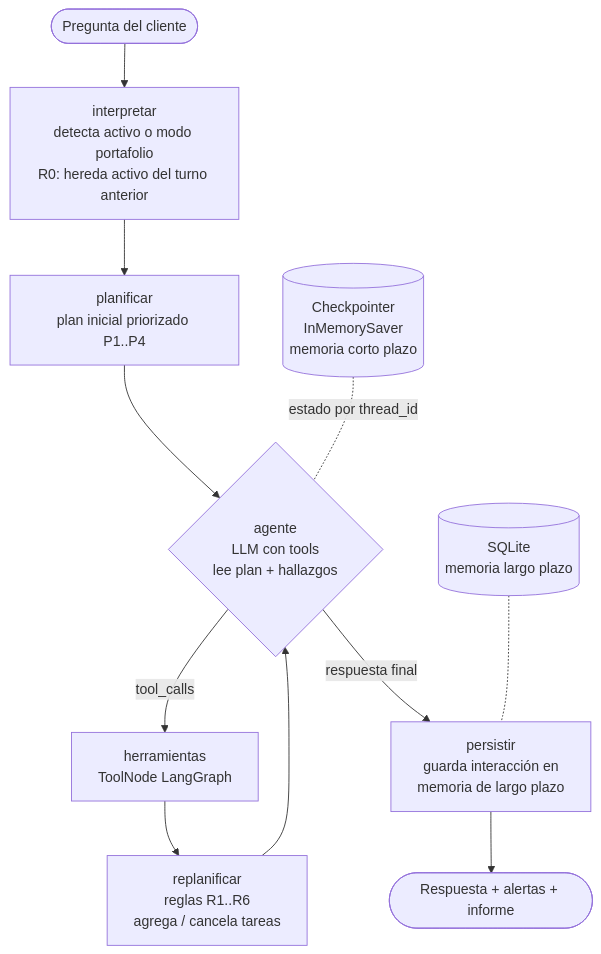
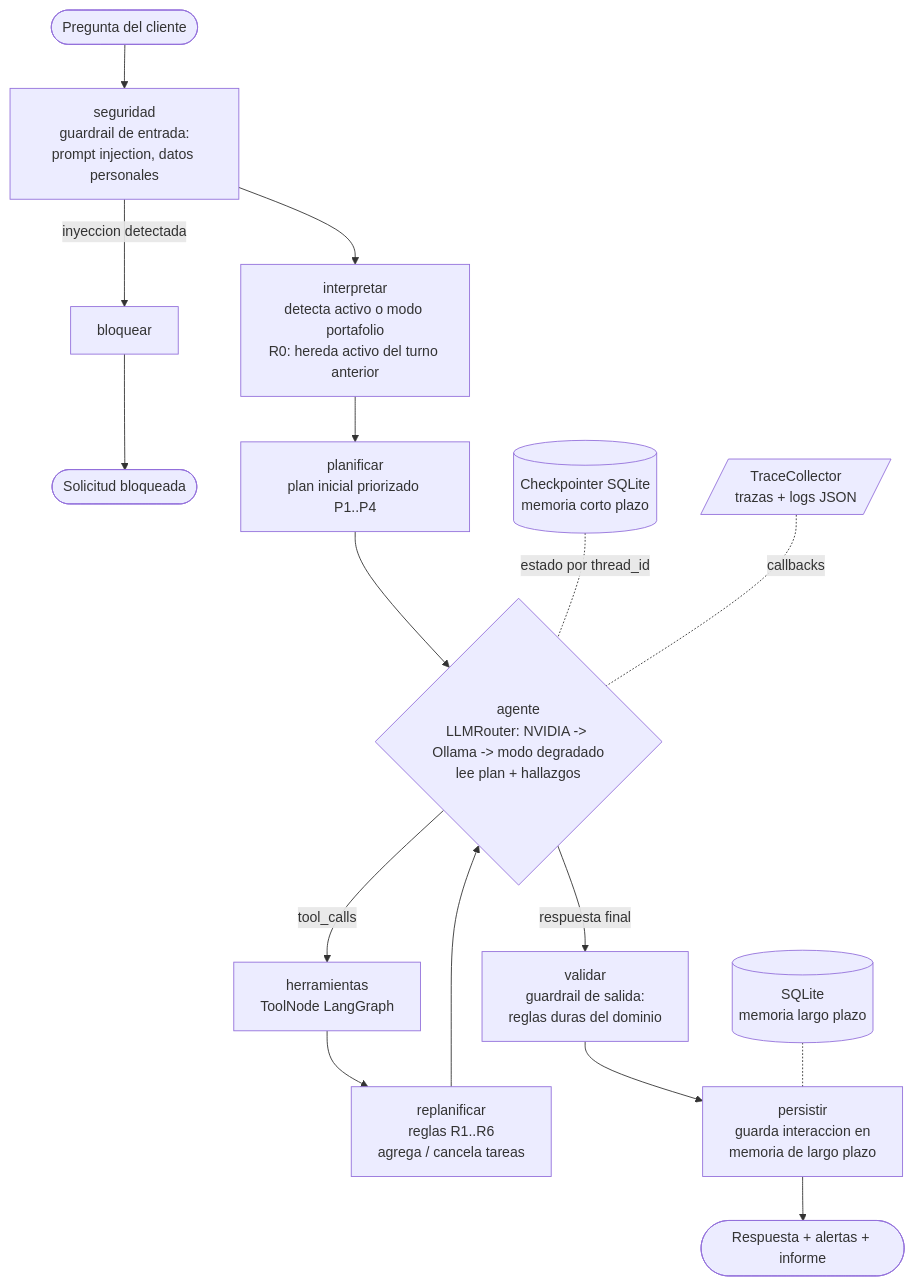
The first of 4 diagrams in docs/architecture.md (FranAlarcon24/Insight-Trader), drawn with Mermaid before and after one commit. The commit also changed other lines of this file and 41 other files, not shown here.

Commit message:
EP3: observabilidad del agente (trazas, metricas, analisis de registros, dashboard, guardrails y mejoras)

````diff
--- a/docs/architecture.md
+++ b/docs/architecture.md
@@ -17,14 +17,18 @@
 ```mermaid
 flowchart TD
-    START([Pregunta del cliente]) --> I[interpretar<br/>detecta activo o modo portafolio<br/>R0: hereda activo del turno anterior]
+    START([Pregunta del cliente]) --> S[seguridad<br/>guardrail de entrada:<br/>prompt injection, datos personales]
+    S -- inyeccion detectada --> B[bloquear] --> END0([Solicitud bloqueada])
+    S --> I[interpretar<br/>detecta activo o modo portafolio<br/>R0: hereda activo del turno anterior]
     I --> P[planificar<br/>plan inicial priorizado P1..P4]
-    P --> A{agente<br/>LLM con tools<br/>lee plan + hallazgos}
+    P --> A{agente<br/>LLMRouter: NVIDIA -> Ollama -> modo degradado<br/>lee plan + hallazgos}
     A -- tool_calls --> H[herramientas<br/>ToolNode LangGraph]
     H --> R[replanificar<br/>reglas R1..R6<br/>agrega / cancela tareas]
     R --> A
-    A -- respuesta final --> M[persistir<br/>guarda interacción en<br/>memoria de largo plazo]
+    A -- respuesta final --> V[validar<br/>guardrail de salida:<br/>reglas duras del dominio]
+    V --> M[persistir<br/>guarda interaccion en<br/>memoria de largo plazo]
     M --> END([Respuesta + alertas + informe])
 
-    CK[(Checkpointer<br/>InMemorySaver<br/>memoria corto plazo)] -.estado por thread_id.- A
+    CK[(Checkpointer SQLite<br/>memoria corto plazo)] -.estado por thread_id.- A
     LT[(SQLite<br/>memoria largo plazo)] -.- M
+    TR[/TraceCollector<br/>trazas + logs JSON/] -.callbacks.- A
 ```
````
